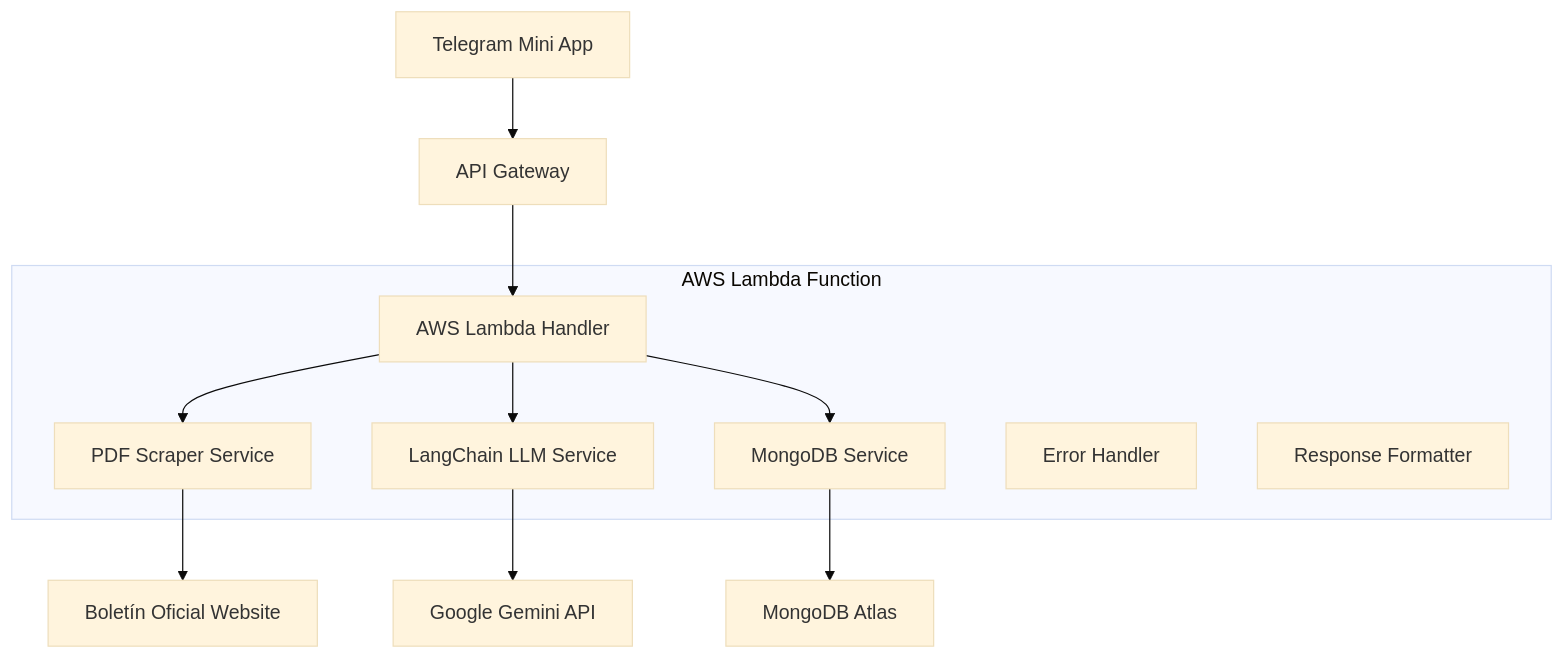
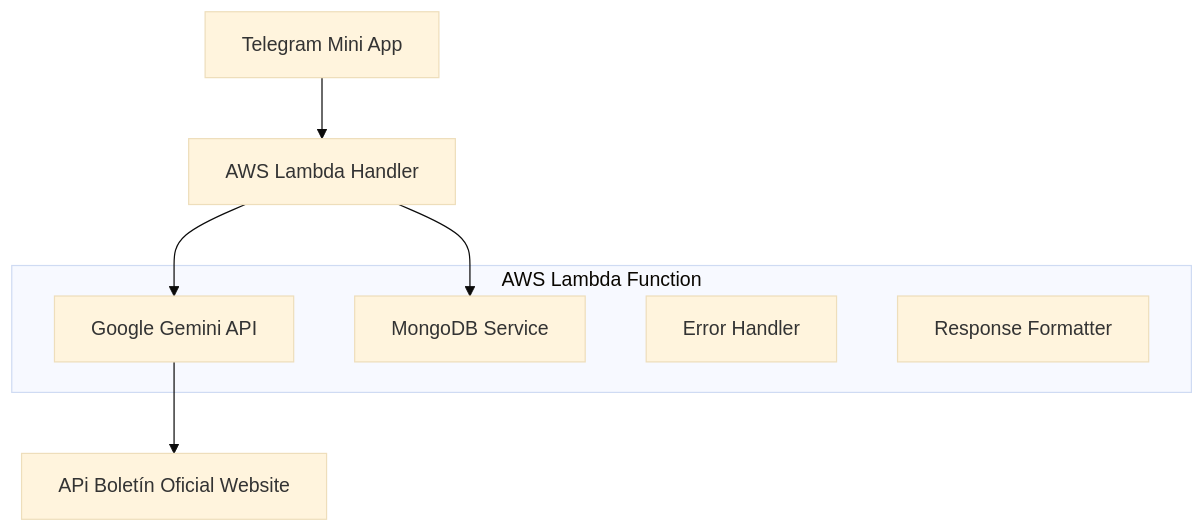
The diagram in .kiro/specs/boletin-oficial-telegram-app/design.md (reinalau/boletin-oficial-app), drawn with Mermaid (base theme) before and after one commit. The commit also changed other lines of this file and 15 other files, not shown here.

````diff
--- a/.kiro/specs/boletin-oficial-telegram-app/design.md
+++ b/.kiro/specs/boletin-oficial-telegram-app/design.md
@@ -11,20 +11,16 @@
 ```mermaid
 graph TB
-    A[Telegram Mini App] --> B[API Gateway]
-    B --> C[AWS Lambda Handler]
-    C --> D[PDF Scraper Service]
-    C --> E[LangChain LLM Service]
-    C --> F[MongoDB Service]
-    D --> G[Boletín Oficial Website]
-    E --> H[Google Gemini API]
-    F --> I[MongoDB Atlas]
+    A[Telegram Mini App] --> B[AWS Lambda Handler]
+    B --> C[Google Gemini API]
+    B --> E[MongoDB Service]
+    C --> D[APi Boletín Oficial Website]
     
+        
     subgraph "AWS Lambda Function"
         C
-        D
         E
-        F
+        E
         J[Error Handler]
         K[Response Formatter]
     end
 ```
````
